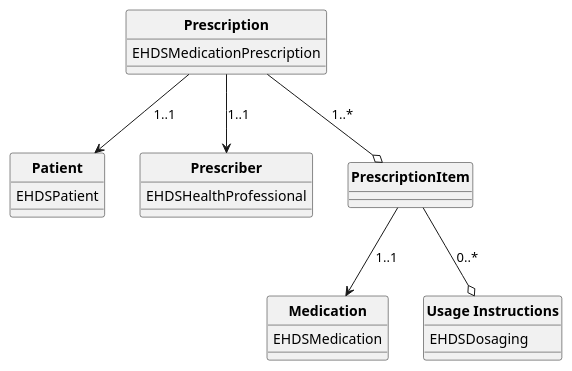
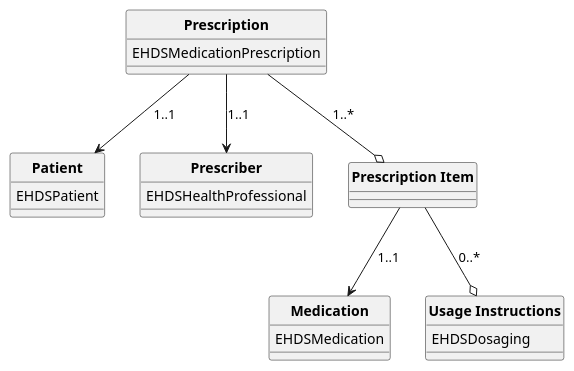
One commit to Xt-EHR/xt-ehr-common changed the diagram in input/images-source/prescription.plantuml. Above: the diagram before and after it, drawn with PlantUML.

Commit message:
consistent spacing

```diff
--- a/input/images-source/prescription.plantuml
+++ b/input/images-source/prescription.plantuml
@@ -1,41 +1,41 @@
 @startuml
 skinparam linetype polyline
 hide circle
 hide stereotype
 
 
 class "**Prescription**" as eP{
   EHDSMedicationPrescription 
 }
 
 eP --> Patient: "1..1"
 eP --> Prescriber: "1..1"
 eP --o Item: "1..*"
 
 class "**Prescriber**" as Prescriber{
   EHDSHealthProfessional   
   
 }
 
 class "**Patient**" as Patient{
   EHDSPatient   
 
 }
 
-class "**PrescriptionItem**" as Item{ 
+class "**Prescription Item**" as Item{ 
 }
 
 Item --> Medication: "1..1"
 Item --o Dosage: "0..*"
 
 
 class "**Usage Instructions**" as Dosage{
   EHDSDosaging   
  
 }
 
 class "**Medication**" as Medication{
   EHDSMedication
  
 }
 @enduml
```
